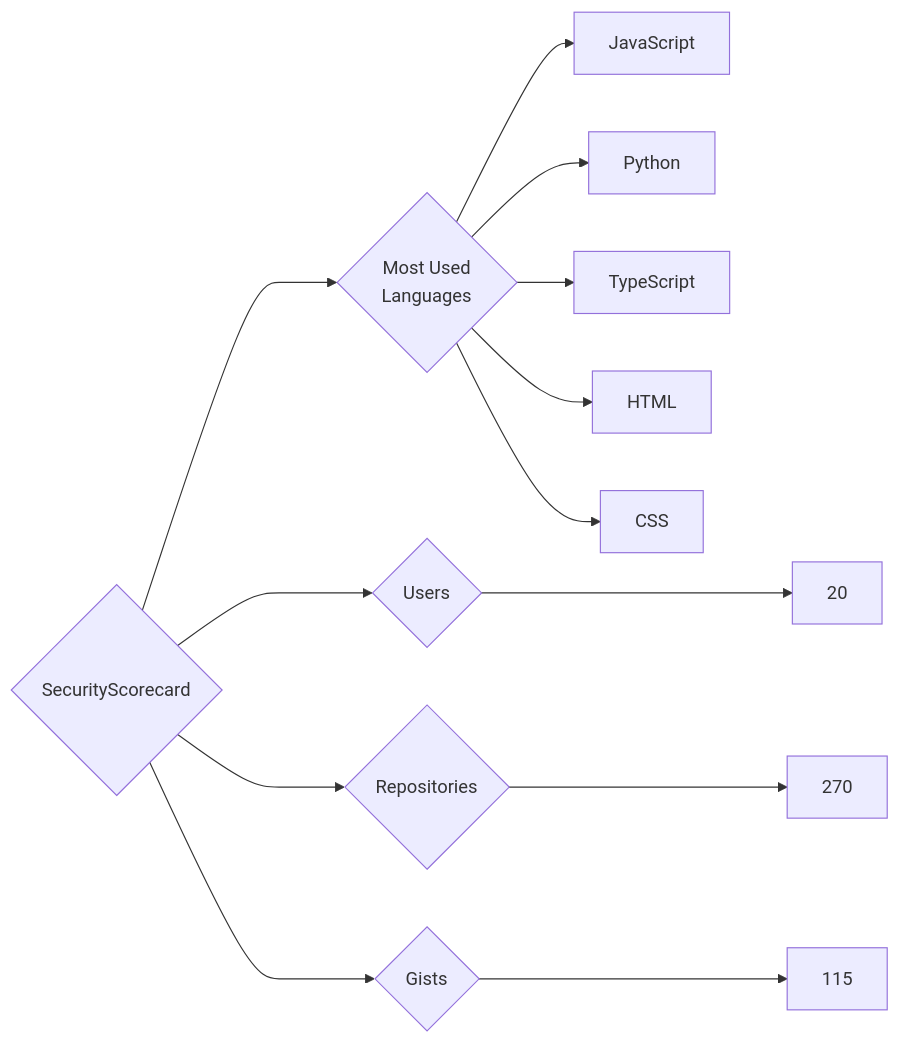
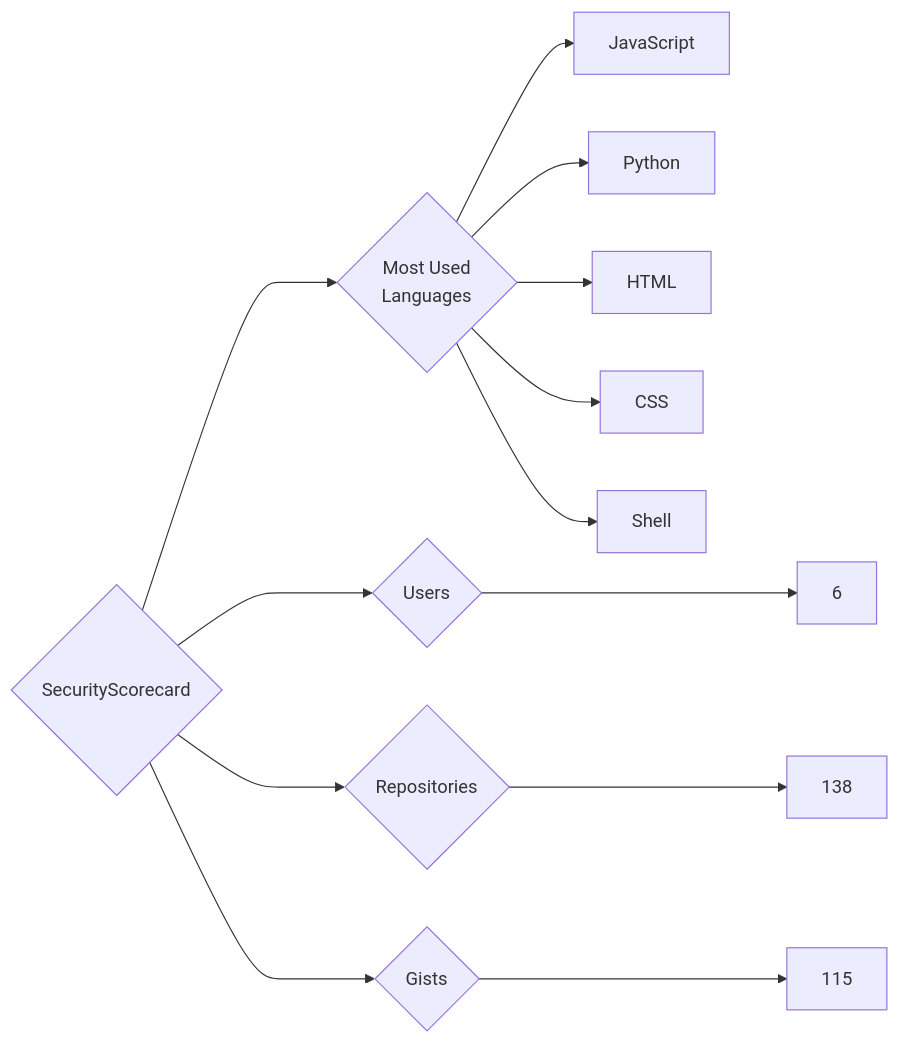
One commit to trickest/insiders changed the diagram in targets/SecurityScorecard/README.md. Above: the diagram before and after it, drawn with Mermaid. The commit also changed 895 other files, not shown here.

````diff
--- a/targets/SecurityScorecard/README.md
+++ b/targets/SecurityScorecard/README.md
@@ -3,13 +3,13 @@
 ```mermaid
 graph LR
 COMPANY_NAME{SecurityScorecard}
-COMPANY_NAME ---> U{Users} ---> UN[20]
-COMPANY_NAME ---> R{Repositories} ---> RN[270]
+COMPANY_NAME ---> U{Users} ---> UN[6]
+COMPANY_NAME ---> R{Repositories} ---> RN[138]
 COMPANY_NAME ---> G{Gists} ---> GN[115]
 COMPANY_NAME ---> ML{Most Used<br>Languages}
 ML --> JavaScript[JavaScript]
 ML --> Python[Python]
-ML --> TypeScript[TypeScript]
 ML --> HTML[HTML]
 ML --> CSS[CSS]
+ML --> Shell[Shell]
 ```
````
